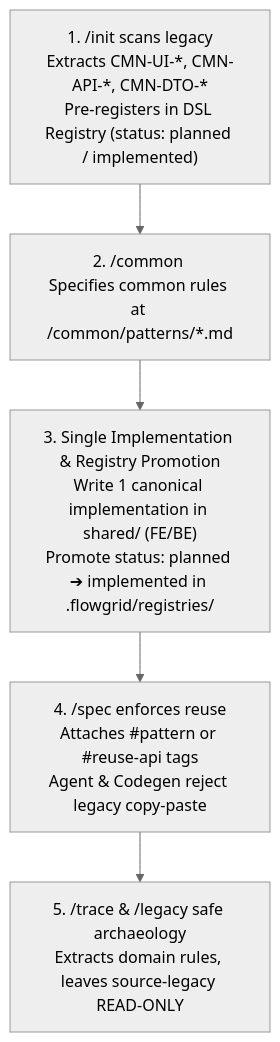
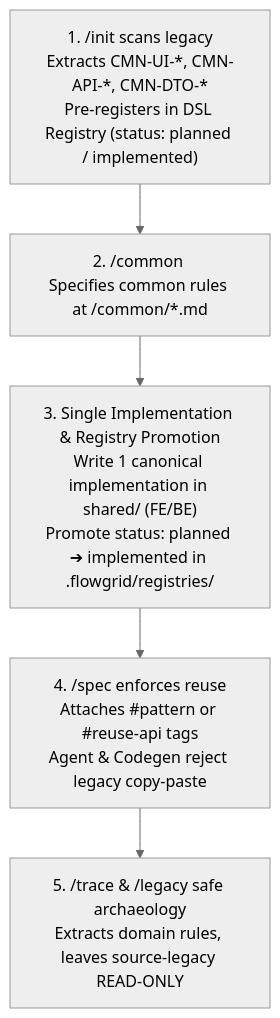
The second of 3 diagrams in workflows/phase-0-setup.md (ShanYuCoder/flowgrid-docs), drawn with Mermaid (neutral theme) before and after one commit. The commit also changed other lines of this file and 56 other files, not shown here.

Commit message:
feat(docs): update 1-tier flat feature structure, flat common patterns, and module user-flows

````diff
--- a/workflows/phase-0-setup.md
+++ b/workflows/phase-0-setup.md
@@ -116,7 +116,7 @@
 ```mermaid
 flowchart TD
-  INIT["1. /init scans legacy<br/>Extracts CMN-UI-*, CMN-API-*, CMN-DTO-*<br/>Pre-registers in DSL Registry (status: planned / implemented)"] --> COMMON["2. /common <CMN-ID><br/>Specifies common rules at <LCA>/common/patterns/*.md"]
+  INIT["1. /init scans legacy<br/>Extracts CMN-UI-*, CMN-API-*, CMN-DTO-*<br/>Pre-registers in DSL Registry (status: planned / implemented)"] --> COMMON["2. /common <CMN-ID><br/>Specifies common rules at <LCA>/common/*.md"]
   COMMON --> IMPL["3. Single Implementation & Registry Promotion<br/>Write 1 canonical implementation in shared/ (FE/BE)<br/>Promote status: planned ➔ implemented in .flowgrid/registries/"]
   IMPL --> SPEC["4. /spec enforces reuse<br/>Attaches #pattern or #reuse-api tags<br/>Agent & Codegen reject legacy copy-paste"]
   SPEC --> SAFETRACE["5. /trace & /legacy safe archaeology<br/>Extracts domain rules, leaves source-legacy READ-ONLY"]
 ```
````
